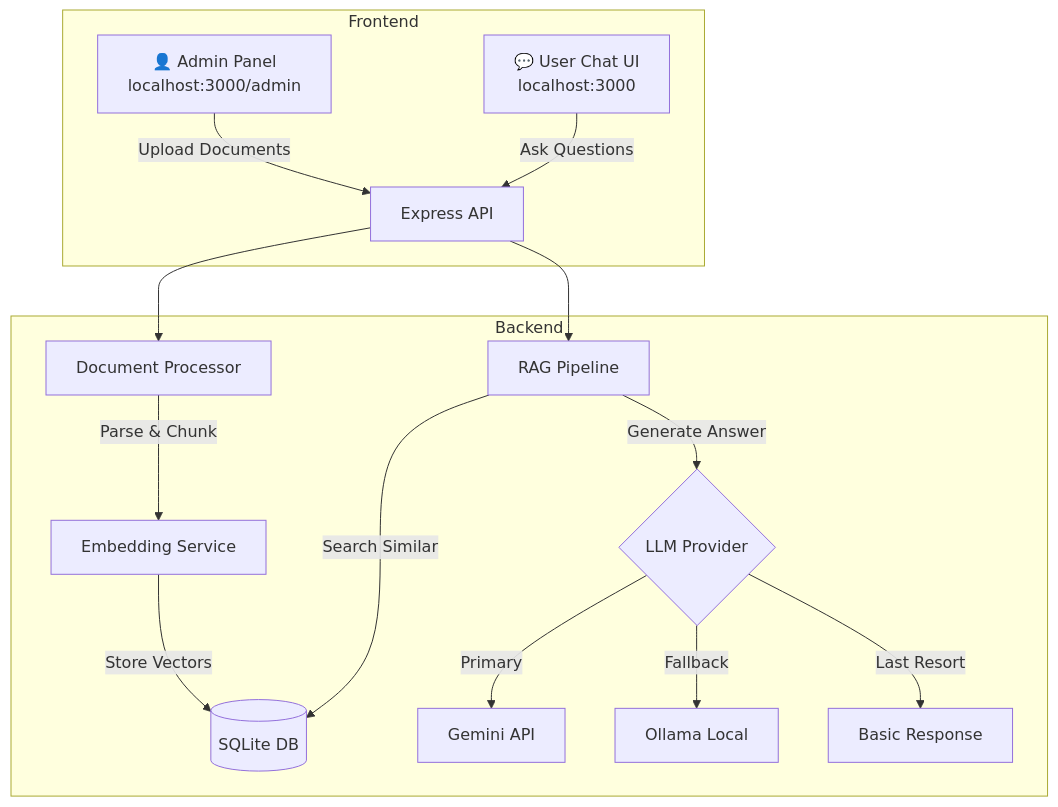
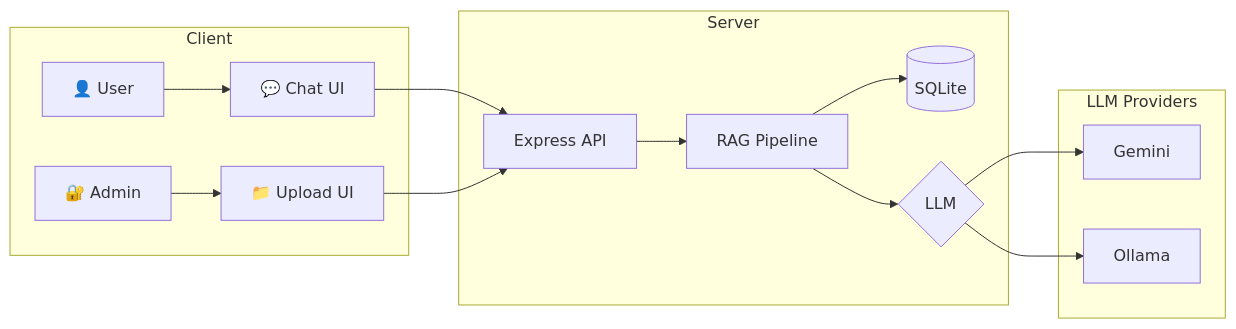
The diagram in README.md (taozeroxii/LLM-RAGOllama), drawn with Mermaid before and after one commit. The commit also changed other lines of this file, not shown here.

````diff
--- a/README.md
+++ b/README.md
@@ -27,20 +226,20 @@
 ```mermaid
-flowchart TD
-    subgraph Frontend
-        A[👤 Admin Panel<br/>localhost:3000/admin] --> |Upload Documents| B[Express API]
-        C[💬 User Chat UI<br/>localhost:3000] --> |Ask Questions| B
+flowchart LR
+    subgraph Client
+        A[👤 User] --> B[💬 Chat UI]
+        C[🔐 Admin] --> D[📁 Upload UI]
     end
     
-    subgraph Backend
-        B --> D[Document Processor]
-        D --> |Parse & Chunk| E[Embedding Service]
-        E --> |Store Vectors| F[(SQLite DB)]
-        
-        B --> G[RAG Pipeline]
-        G --> |Search Similar| F
-        G --> |Generate Answer| H{LLM Provider}
-        H --> |Primary| I[Gemini API]
-        H --> |Fallback| J[Ollama Local]
-        H --> |Last Resort| K[Basic Response]
+    subgraph Server
+        B --> E[Express API]
+        D --> E
+        E --> F[RAG Pipeline]
+        F --> G[(SQLite)]
+        F --> H{LLM}
+    end
+    
+    subgraph LLM Providers
+        H --> I[Gemini]
+        H --> J[Ollama]
     end
 ```
````
